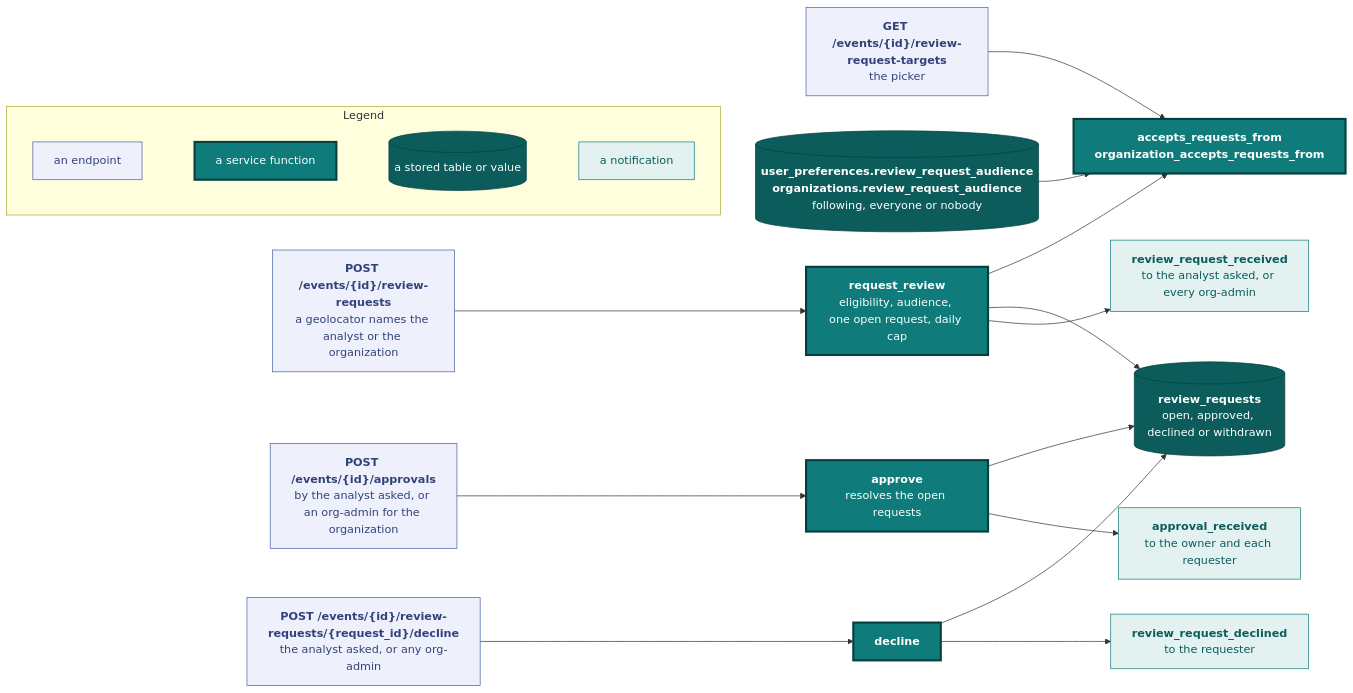
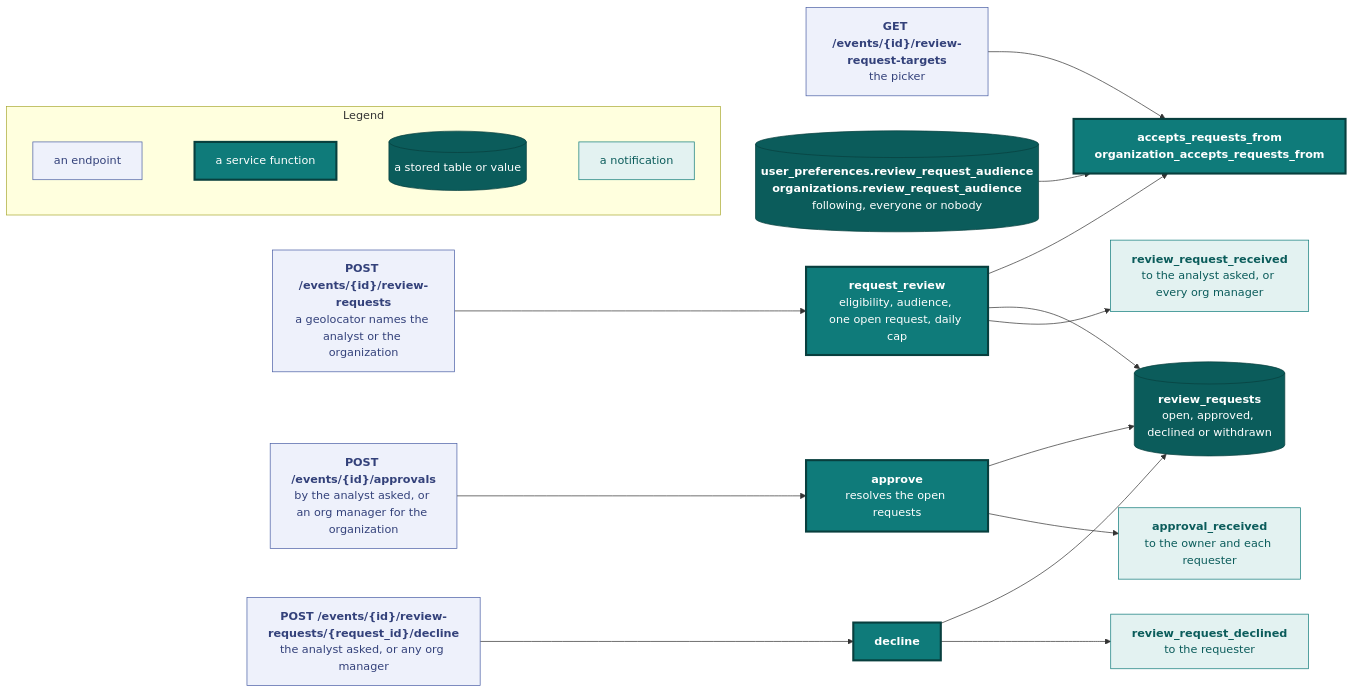
The fifth of 8 diagrams in docs/api.md (vidithq/vidit), drawn with Mermaid before and after one commit. The commit also changed other lines of this file and 4 other files, not shown here.

First line of the commit message:
docs: call the organization role org manager

````diff
--- a/docs/api.md
+++ b/docs/api.md
@@ -1576,53 +1576,53 @@
 ```mermaid
 flowchart LR
   classDef spec fill:#eef1fb,stroke:#4a5fa5,color:#33417a
   classDef core fill:#0f7b7a,stroke:#083f3e,stroke-width:3px,color:#ffffff
   classDef store fill:#0b5c5b,stroke:#083f3e,color:#ffffff
   classDef shared fill:#e3f2f1,stroke:#0f7b7a,color:#0b5c5b
 
   subgraph legend [Legend]
     direction LR
     l1["`an endpoint`"]:::spec
     l2["`a service function`"]:::core
     l3[("`a stored table or value`")]:::store
     l4["`a notification`"]:::shared
     l1 ~~~ l2 ~~~ l3 ~~~ l4
   end
 
   ask["`**POST /events/{id}/review-requests**
   a geolocator names the analyst or the organization`"]:::spec
   targets["`**GET /events/{id}/review-request-targets**
   the picker`"]:::spec
   approve["`**POST /events/{id}/approvals**
-  by the analyst asked, or an org-admin for the organization`"]:::spec
+  by the analyst asked, or an org manager for the organization`"]:::spec
   declineep["`**POST /events/{id}/review-requests/{request_id}/decline**
-  the analyst asked, or any org-admin`"]:::spec
+  the analyst asked, or any org manager`"]:::spec
   audience[("`**user_preferences.review_request_audience**
   **organizations.review_request_audience**
   following, everyone or nobody`")]:::store
   request["`**request_review**
   eligibility, audience, one open request, daily cap`"]:::core
   admits["`**accepts_requests_from**
   **organization_accepts_requests_from**`"]:::core
   place["`**approve**
   resolves the open requests`"]:::core
   decline["`**decline**`"]:::core
   rows[("`**review_requests**
   open, approved, declined or withdrawn`")]:::store
   received["`**review_request_received**
-  to the analyst asked, or every org-admin`"]:::shared
+  to the analyst asked, or every org manager`"]:::shared
   approved["`**approval_received**
   to the owner and each requester`"]:::shared
   declined["`**review_request_declined**
   to the requester`"]:::shared
 
   audience --> admits
   targets --> admits
   ask --> request --> admits
   request --> rows
   request --> received
   approve --> place --> rows
   place --> approved
   declineep --> decline --> rows
   decline --> declined
 ```
````
